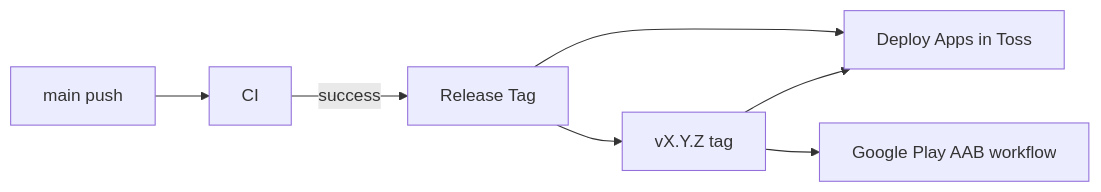
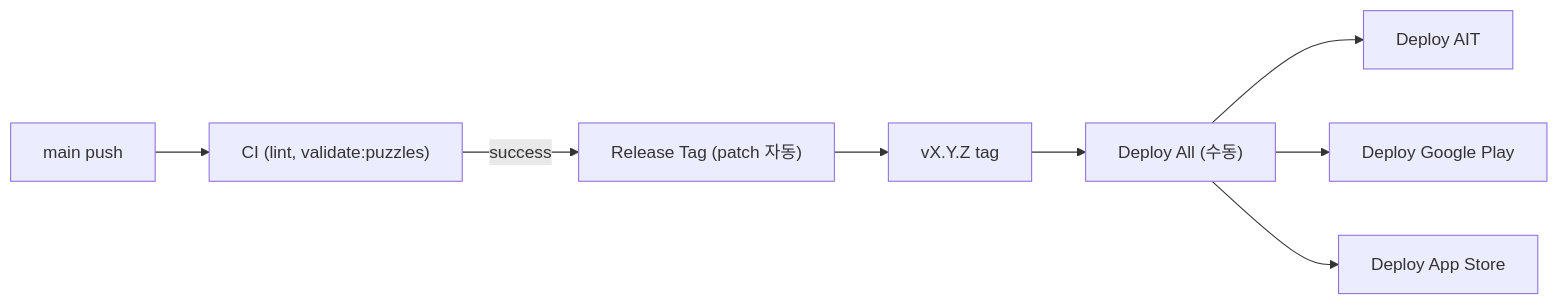
Before and after one commit to seorilabs/crossword-puzzle: the diagram in docs/release-versioning.md, drawn with Mermaid. The commit also changed other lines of this file and 10 other files, not shown here.

First line of the commit message:
GitHub Actions 정리: CI 슬림화, 자동 patch 태그, 배포 워크플로우 통일/묶음 (#10)

````diff
--- a/docs/release-versioning.md
+++ b/docs/release-versioning.md
@@ -12,9 +13,10 @@
 ```mermaid
 flowchart LR
-  Push["main push"] --> CI["CI"]
-  CI -->|success| Tag["Release Tag"]
+  Push["main push"] --> CI["CI (lint, validate:puzzles)"]
+  CI -->|success| Tag["Release Tag (patch 자동)"]
   Tag --> Semver["vX.Y.Z tag"]
-  Tag --> AIT["Deploy Apps in Toss"]
-  Semver --> AIT
-  Semver --> Play["Google Play AAB workflow"]
+  Semver --> DeployAll["Deploy All (수동)"]
+  DeployAll --> AIT["Deploy AIT"]
+  DeployAll --> Play["Deploy Google Play"]
+  DeployAll --> Store["Deploy App Store"]
 ```
````
